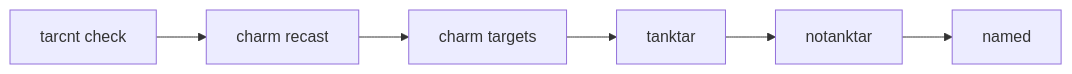
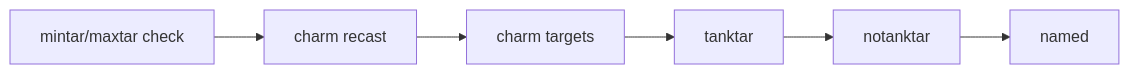
One commit to Cezero/czbot changed the diagram in docs/spell-targeting-and-bands.md. Above: the diagram before and after it, drawn with Mermaid. The commit also changed other lines of this file and 8 other files, not shown here.

Commit message:
convert tarcnt to mintar/maxtar so we can configure certain debuffs to only cast when there's < X mobs in camp

````diff
--- a/docs/spell-targeting-and-bands.md
+++ b/docs/spell-targeting-and-bands.md
@@ -74,10 +74,10 @@
 ```mermaid
 flowchart LR
-    tarcntCheck[tarcnt check]
+    campCountCheck[mintar/maxtar check]
     charmRecast[charm recast]
     charmTargets[charm targets]
     tanktar[tanktar]
     notanktar[notanktar]
     named[named]
-    tarcntCheck --> charmRecast --> charmTargets --> tanktar --> notanktar --> named
+    campCountCheck --> charmRecast --> charmTargets --> tanktar --> notanktar --> named
 ```
````
